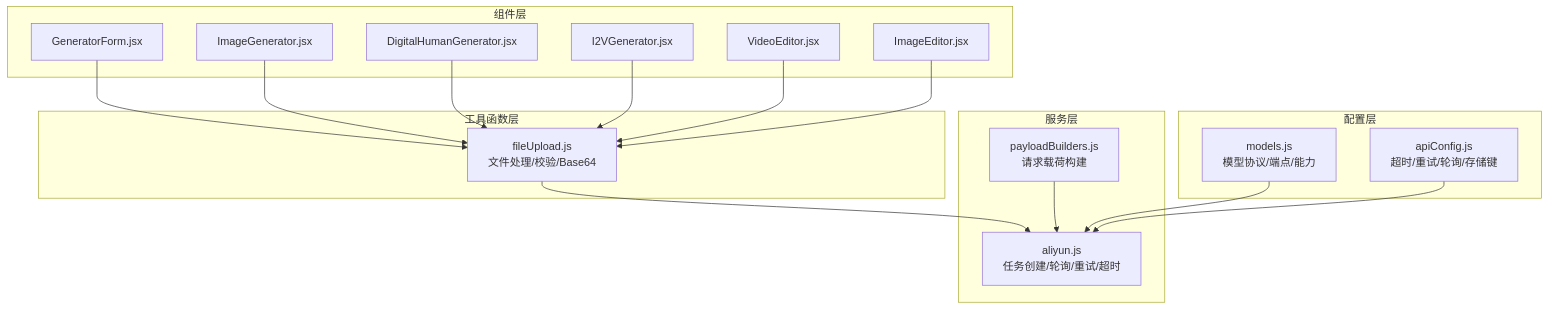
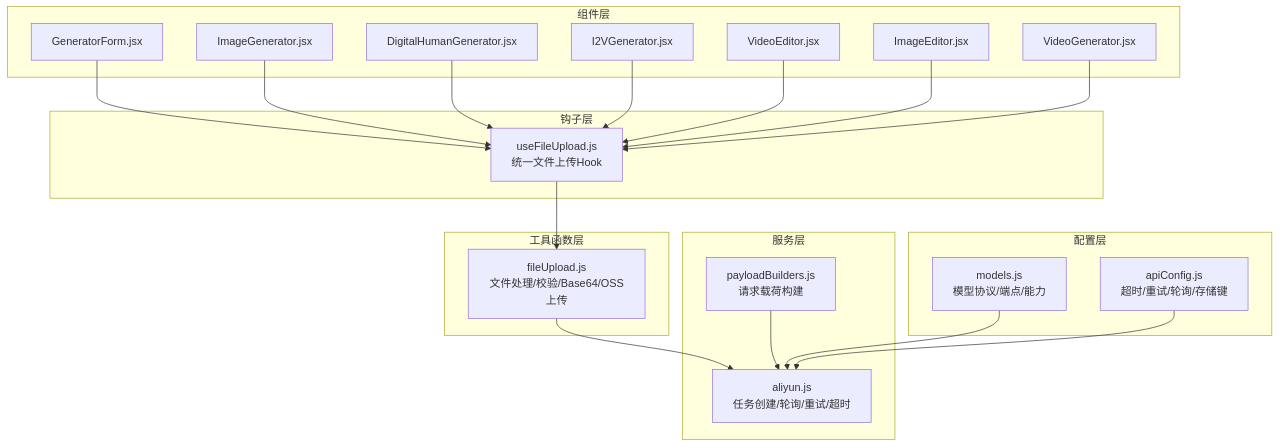
Before and after one commit to alex0001yyy/wan-app: the first of 8 diagrams in .qoder/repowiki/zh/content/架构设计/服务层架构/工具函数服务.md, drawn with Mermaid. The commit also changed other lines of this file and 35 other files, not shown here.

````diff
--- a/.qoder/repowiki/zh/content/架构设计/服务层架构/工具函数服务.md
+++ b/.qoder/repowiki/zh/content/架构设计/服务层架构/工具函数服务.md
@@ -41,32 +46,38 @@
 ```mermaid
 graph TB
 subgraph "组件层"
 GF["GeneratorForm.jsx"]
 IG["ImageGenerator.jsx"]
 DHG["DigitalHumanGenerator.jsx"]
 I2VG["I2VGenerator.jsx"]
 VE["VideoEditor.jsx"]
 IE["ImageEditor.jsx"]
+VGD["VideoGenerator.jsx"]
+end
+subgraph "钩子层"
+UFU["useFileUpload.js<br/>统一文件上传Hook"]
 end
 subgraph "工具函数层"
-FU["fileUpload.js<br/>文件处理/校验/Base64"]
+FU["fileUpload.js<br/>文件处理/校验/Base64/OSS上传"]
 end
 subgraph "服务层"
 AL["aliyun.js<br/>任务创建/轮询/重试/超时"]
 PB["payloadBuilders.js<br/>请求载荷构建"]
 end
 subgraph "配置层"
 AC["apiConfig.js<br/>超时/重试/轮询/存储键"]
 MC["models.js<br/>模型协议/端点/能力"]
 end
-GF --> FU
-IG --> FU
-DHG --> FU
-I2VG --> FU
-VE --> FU
-IE --> FU
+GF --> UFU
+IG --> UFU
+DHG --> UFU
+I2VG --> UFU
+VE --> UFU
+IE --> UFU
+VGD --> UFU
+UFU --> FU
 FU --> AL
 PB --> AL
 MC --> AL
 AC --> AL
 ```
````
